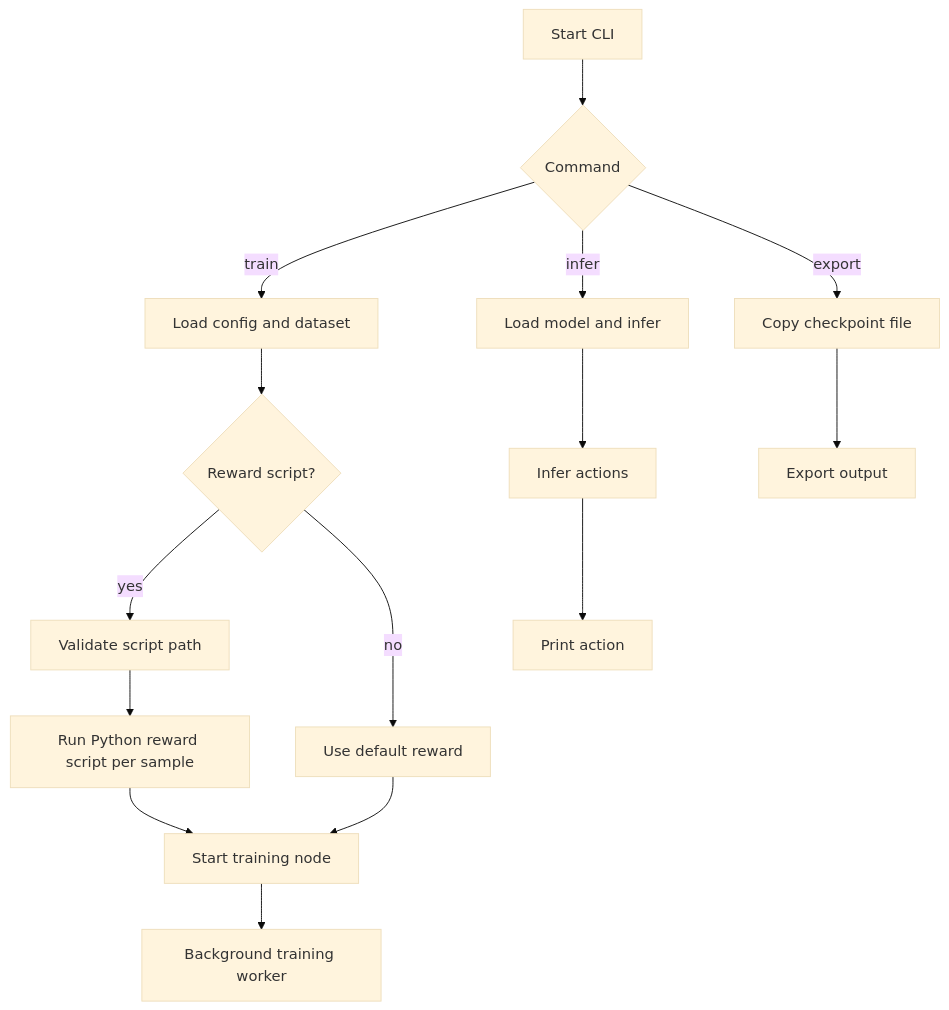
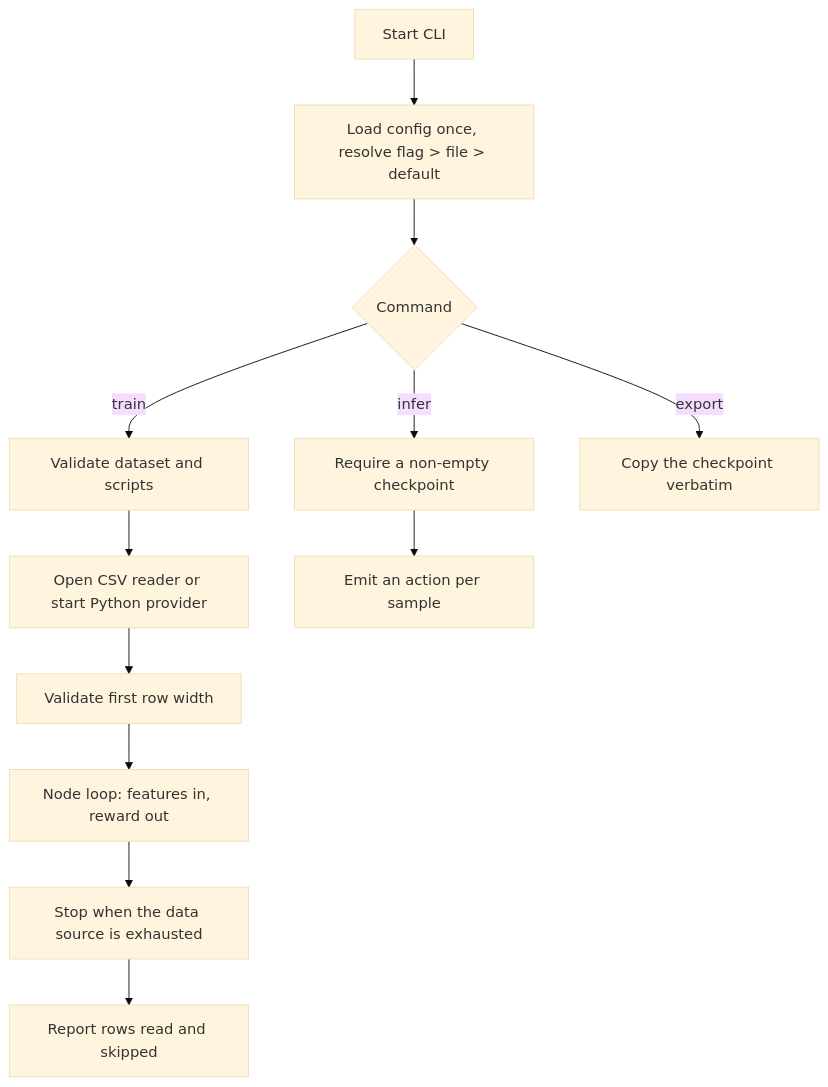
The diagram in README.md (ali-heidari/RLT-CLI), drawn with Mermaid (base theme) before and after one commit. The commit also changed other lines of this file and 13 other files, not shown here.

Commit message:
Improve the python script run

````diff
--- a/README.md
+++ b/README.md
@@ -19,17 +26,14 @@
 ```mermaid
 flowchart TD
-    A[Start CLI] --> B{Command}
-    B --> |train| C[Load config and dataset]
-    B --> |infer| D[Load model and infer]
-    B --> |export| E[Copy checkpoint file]
-    C --> F{Reward script?}
-    F --> |yes| G[Validate script path]
-    G --> H[Run Python reward script per sample]
-    F --> |no| I[Use default reward]
-    H --> J[Start training node]
-    I --> J
-    D --> K[Infer actions]
-    J --> L[Background training worker]
-    K --> M[Print action]
-    E --> N[Export output]
+    A[Start CLI] --> B[Load config once, resolve flag > file > default]
+    B --> C{Command}
+    C --> |train| D[Validate dataset and scripts]
+    D --> E[Open CSV reader or start Python provider]
+    E --> F[Validate first row width]
+    F --> G[Node loop: features in, reward out]
+    G --> H[Stop when the data source is exhausted]
+    H --> I[Report rows read and skipped]
+    C --> |infer| J[Require a non-empty checkpoint]
+    J --> K[Emit an action per sample]
+    C --> |export| L[Copy the checkpoint verbatim]
 ```
````
